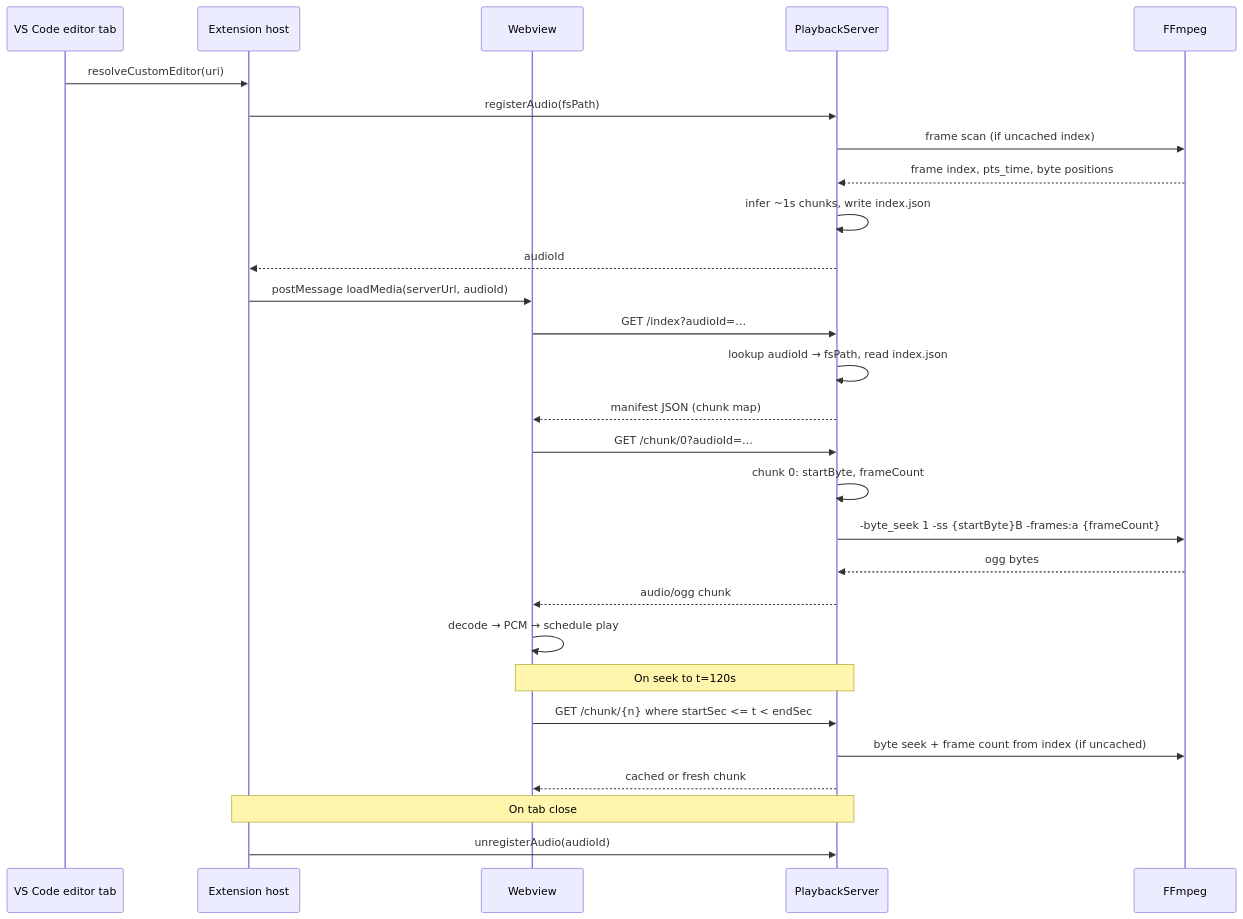
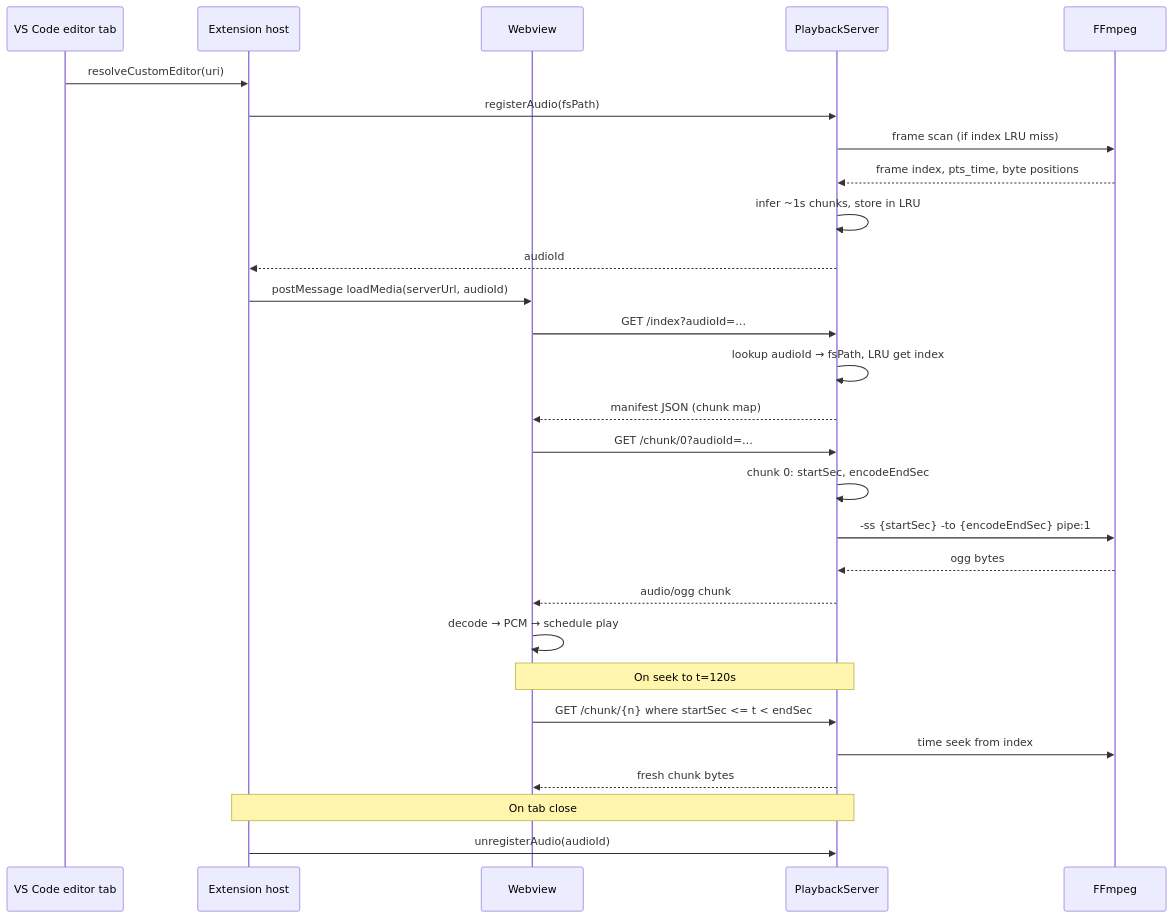
Before and after one commit to tanchihpin0517/cp-nice-player: the fifth of 5 diagrams in docs/stream.md, drawn with Mermaid. The commit also changed other lines of this file and 23 other files, not shown here.

````diff
--- a/docs/stream.md
+++ b/docs/stream.md
@@ -704,35 +624,35 @@
 ```mermaid
 sequenceDiagram
   participant Tab as VS Code editor tab
   participant Ext as Extension host
   participant UI as Webview
   participant Srv as PlaybackServer
   participant FF as FFmpeg
 
   Tab->>Ext: resolveCustomEditor(uri)
   Ext->>Srv: registerAudio(fsPath)
-  Srv->>FF: frame scan (if uncached index)
+  Srv->>FF: frame scan (if index LRU miss)
   FF-->>Srv: frame index, pts_time, byte positions
-  Srv->>Srv: infer ~1s chunks, write index.json
+  Srv->>Srv: infer ~1s chunks, store in LRU
   Srv-->>Ext: audioId
   Ext->>UI: postMessage loadMedia(serverUrl, audioId)
 
   UI->>Srv: GET /index?audioId=…
-  Srv->>Srv: lookup audioId → fsPath, read index.json
+  Srv->>Srv: lookup audioId → fsPath, LRU get index
   Srv-->>UI: manifest JSON (chunk map)
 
   UI->>Srv: GET /chunk/0?audioId=…
-  Srv->>Srv: chunk 0: startByte, frameCount
-  Srv->>FF: -byte_seek 1 -ss {startByte}B -frames:a {frameCount}
+  Srv->>Srv: chunk 0: startSec, encodeEndSec
+  Srv->>FF: -ss {startSec} -to {encodeEndSec} pipe:1
   FF-->>Srv: ogg bytes
   Srv-->>UI: audio/ogg chunk
   UI->>UI: decode → PCM → schedule play
 
   Note over UI,Srv: On seek to t=120s
   UI->>Srv: GET /chunk/{n} where startSec <= t < endSec
-  Srv->>FF: byte seek + frame count from index (if uncached)
-  Srv-->>UI: cached or fresh chunk
+  Srv->>FF: time seek from index
+  Srv-->>UI: fresh chunk bytes
 
   Note over Ext,Srv: On tab close
   Ext->>Srv: unregisterAudio(audioId)
 ```
````
